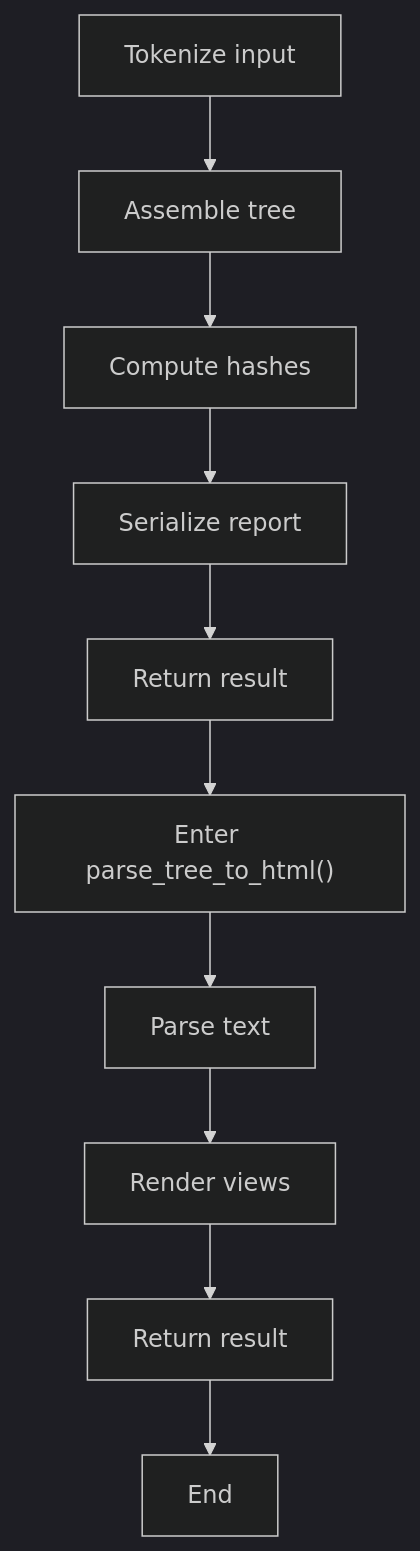
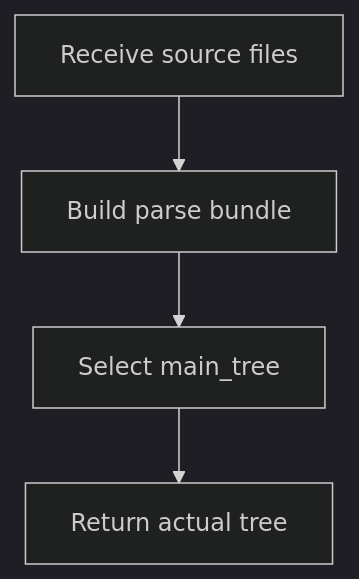
One commit to JohnAndrewBalbarosa/NeoTerritory changed the third of 9 diagrams in docs/Codebase/Microservice/Modules/Source/Trees/ClassGeneration/Actual/core.cpp.md. Above: the diagram before and after it, drawn with Mermaid (dark theme). The commit also changed other lines of this file and 915 other files, not shown here.

````diff
--- a/docs/Codebase/Microservice/Modules/Source/Trees/ClassGeneration/Actual/core.cpp.md
+++ b/docs/Codebase/Microservice/Modules/Source/Trees/ClassGeneration/Actual/core.cpp.md
@@ -91,22 +54,8 @@
 ```mermaid
 flowchart TD
-    N0["Tokenize input"]
-    N1["Assemble tree"]
-    N2["Compute hashes"]
-    N3["Serialize report"]
-    N4["Return result"]
-    N5["Enter parse_tree_to_html()"]
-    N6["Parse text"]
-    N7["Render views"]
-    N8["Return result"]
-    N9["End"]
-    N0 --> N1
-    N1 --> N2
-    N2 --> N3
-    N3 --> N4
-    N4 --> N5
-    N5 --> N6
-    N6 --> N7
-    N7 --> N8
-    N8 --> N9
+    N0["Receive source files"]
+    N1["Build parse bundle"]
+    N2["Select main_tree"]
+    N3["Return actual tree"]
+    N0 --> N1 --> N2 --> N3
 ```
````
